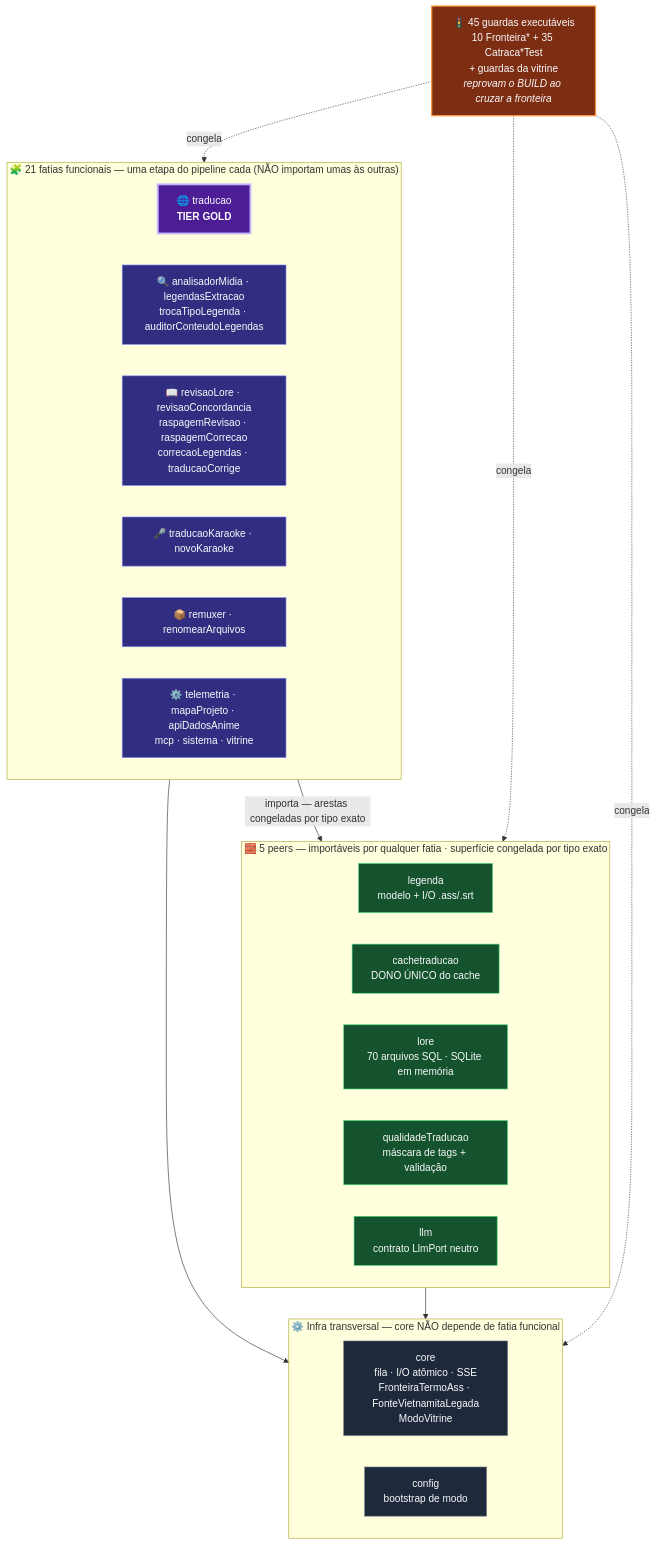
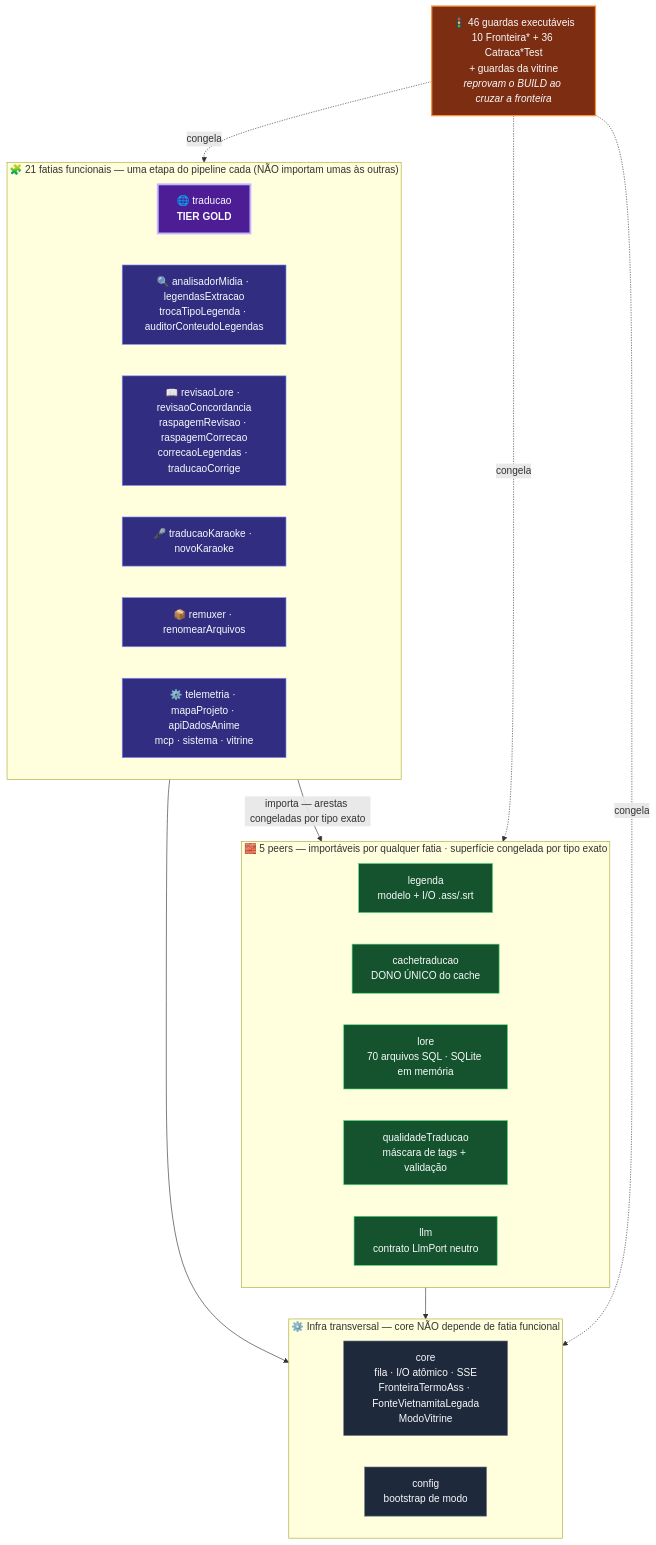
The first of 5 diagrams in docs/arquitetura.md (carmipa/kronos), drawn with Mermaid before and after one commit. The commit also changed other lines of this file and 11 other files, not shown here.

````diff
--- a/docs/arquitetura.md
+++ b/docs/arquitetura.md
@@ -104,47 +116,47 @@
 ```mermaid
 graph TB
     subgraph FUNC["🧩 21 fatias funcionais — uma etapa do pipeline cada (NÃO importam umas às outras)"]
         direction LR
         TRAD["🌐 traducao<br/><b>TIER GOLD</b>"]
         PREP["🔍 analisadorMidia · legendasExtracao<br/>trocaTipoLegenda · auditorConteudoLegendas"]
         QUALF["📖 revisaoLore · revisaoConcordancia<br/>raspagemRevisao · raspagemCorrecao<br/>correcaoLegendas · traducaoCorrige"]
         KAR["🎤 traducaoKaraoke · novoKaraoke"]
         FIM["📦 remuxer · renomearArquivos"]
         SIS["⚙️ telemetria · mapaProjeto · apiDadosAnime<br/>mcp · sistema · vitrine"]
     end
 
     subgraph PEERS["🧱 5 peers — importáveis por qualquer fatia · superfície congelada por tipo exato"]
         direction LR
         LEG["legenda<br/>modelo + I/O .ass/.srt"]
         CACHE["cachetraducao<br/>DONO ÚNICO do cache"]
         CTX["lore<br/>70 arquivos SQL · SQLite em memória"]
         QUAL["qualidadeTraducao<br/>máscara de tags + validação"]
         LLM["llm<br/>contrato LlmPort neutro"]
     end
 
     subgraph BASE["⚙️ Infra transversal — core NÃO depende de fatia funcional"]
         direction LR
         CORE["core<br/>fila · I/O atômico · SSE<br/>FronteiraTermoAss · FonteVietnamitaLegada<br/>ModoVitrine"]
         CFG["config<br/>bootstrap de modo"]
     end
 
-    GUARD["🚦 45 guardas executáveis<br/>10 Fronteira* + 35 Catraca*Test<br/>+ guardas da vitrine<br/><i>reprovam o BUILD ao cruzar a fronteira</i>"]
+    GUARD["🚦 46 guardas executáveis<br/>10 Fronteira* + 36 Catraca*Test<br/>+ guardas da vitrine<br/><i>reprovam o BUILD ao cruzar a fronteira</i>"]
 
     FUNC -->|"importa — arestas congeladas por tipo exato"| PEERS
     FUNC --> BASE
     PEERS --> BASE
     GUARD -.->|congela| FUNC
     GUARD -.->|congela| PEERS
     GUARD -.->|congela| BASE
 
     classDef func fill:#312e81,stroke:#818CF8,color:#F9FAFB
     classDef gold fill:#4c1d95,stroke:#C4B5FD,color:#F9FAFB,stroke-width:3px
     classDef peer fill:#14532d,stroke:#4ADE80,color:#F9FAFB
     classDef base fill:#1e293b,stroke:#6B7280,color:#F9FAFB
     classDef guard fill:#7c2d12,stroke:#FB923C,color:#F9FAFB,stroke-width:2px
     class PREP,QUALF,KAR,FIM,SIS func
     class TRAD gold
     class LEG,CACHE,CTX,QUAL,LLM peer
     class CORE,CFG base
     class GUARD guard
 ```
````
